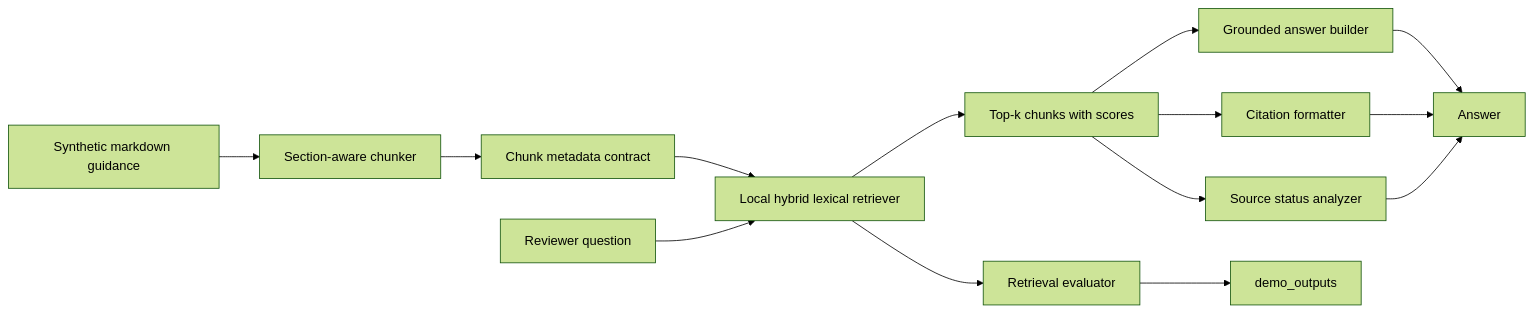
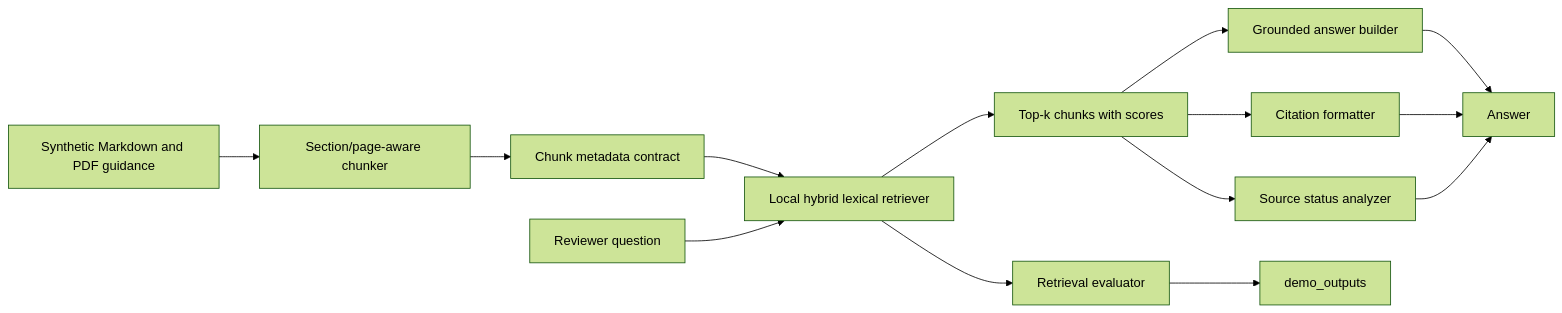
The diagram in projects/aec-code-compliance-rag/ARCHITECTURE.md (josiahsutd-stack/ai-built-environment-portfolio), drawn with Mermaid (forest theme) before and after one commit. The commit also changed other lines of this file and 29 other files, not shown here.

Commit message:
Add page-aware PDF ingestion to AEC RAG

````diff
--- a/projects/aec-code-compliance-rag/ARCHITECTURE.md
+++ b/projects/aec-code-compliance-rag/ARCHITECTURE.md
@@ -7,16 +7,16 @@
 ```mermaid
 flowchart LR
-  A["Synthetic markdown guidance"] --> B["Section-aware chunker"]
+  A["Synthetic Markdown and PDF guidance"] --> B["Section/page-aware chunker"]
   B --> C["Chunk metadata contract"]
   C --> D["Local hybrid lexical retriever"]
   Q["Reviewer question"] --> D
   D --> E["Top-k chunks with scores"]
   E --> F["Grounded answer builder"]
   E --> G["Citation formatter"]
   E --> K["Source status analyzer"]
   F --> H["Answer"]
   G --> H
   K --> H
   D --> I["Retrieval evaluator"]
   I --> J["demo_outputs"]
 ```
````
